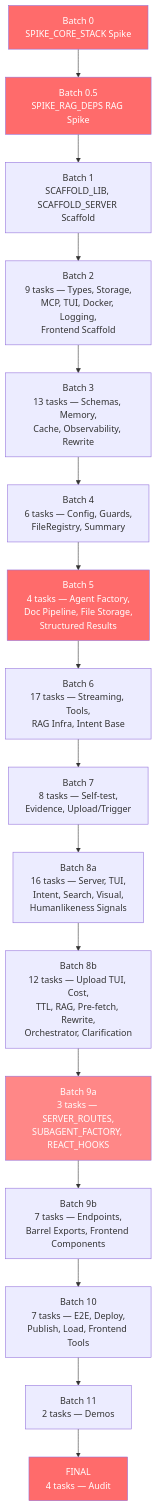
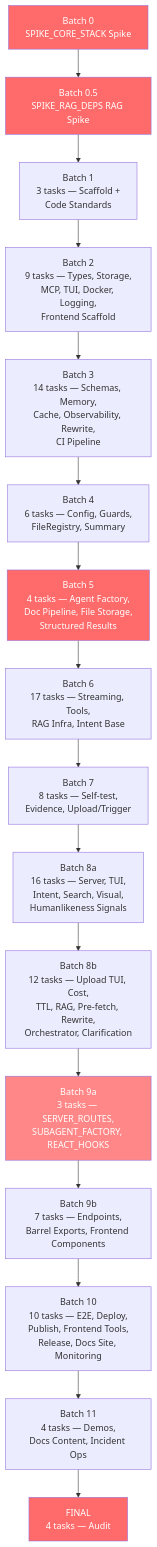
Before and after one commit to 1qh/safeagent: the fourth of 10 diagrams in plan/17-execution.md, drawn with Mermaid. The commit also changed other lines of this file, not shown here.

Commit message:
integrate 7 new tasks from files 20-23 into execution plan: CODE_STANDARDS, CI_PIPELINE, RELEASE_PIPELINE, DOCS_SITE, DOCS_CONTENT, MONITORING_INFRA, INCIDENT_PROCEDURES

````diff
--- a/plan/17-execution.md
+++ b/plan/17-execution.md
@@ -443,27 +456,27 @@
 ```mermaid
 graph TB
     BATCH_SPIKE["Batch 0<br/>SPIKE_CORE_STACK Spike"]
     BATCH_RAG_SPIKE["Batch 0.5<br/>SPIKE_RAG_DEPS RAG Spike"]
-    BATCH_SCAFFOLD["Batch 1<br/>SCAFFOLD_LIB, SCAFFOLD_SERVER Scaffold"]
+    BATCH_SCAFFOLD["Batch 1<br/>3 tasks — Scaffold +<br/>Code Standards"]
     BATCH_TYPES_STORAGE["Batch 2<br/>9 tasks — Types, Storage,<br/>MCP, TUI, Docker, Logging,<br/>Frontend Scaffold"]
-    BATCH_SCHEMAS_MEMORY["Batch 3<br/>13 tasks — Schemas, Memory,<br/>Cache, Observability, Rewrite"]
+    BATCH_SCHEMAS_MEMORY["Batch 3<br/>14 tasks — Schemas, Memory,<br/>Cache, Observability, Rewrite,<br/>CI Pipeline"]
     BATCH_CONFIG_GUARDS["Batch 4<br/>6 tasks — Config, Guards,<br/>FileRegistry, Summary"]
     BATCH_AGENT_DOCS["Batch 5<br/>4 tasks — Agent Factory,<br/>Doc Pipeline, File Storage,<br/>Structured Results"]
     BATCH_STREAMING_TOOLS["Batch 6<br/>17 tasks — Streaming, Tools,<br/>RAG Infra, Intent Base"]
     BATCH_EVIDENCE_UPLOAD["Batch 7<br/>8 tasks — Self-test,<br/>Evidence, Upload/Trigger"]
     BATCH_SERVER_TUI["Batch 8a<br/>16 tasks — Server, TUI,<br/>Intent, Search, Visual,<br/>Humanlikeness Signals"]
     BATCH_UPLOAD_COST["Batch 8b<br/>12 tasks — Upload TUI, Cost,<br/>TTL, RAG, Pre-fetch, Rewrite,<br/>Orchestrator, Clarification"]
     BATCH_ROUTES_SUBAGENT["Batch 9a<br/>3 tasks — SERVER_ROUTES,<br/>SUBAGENT_FACTORY, REACT_HOOKS"]
     BATCH_ENDPOINTS["Batch 9b<br/>7 tasks — Endpoints,<br/>Barrel Exports, Frontend Components"]
-    BATCH_END_TO_END_DEPLOY["Batch 10<br/>7 tasks — E2E, Deploy,<br/>Publish, Load, Frontend Tools"]
-    BATCH_FRONTEND_DEMOS["Batch 11<br/>2 tasks — Demos"]
+    BATCH_END_TO_END_DEPLOY["Batch 10<br/>10 tasks — E2E, Deploy,<br/>Publish, Frontend Tools,<br/>Release, Docs Site, Monitoring"]
+    BATCH_FRONTEND_DEMOS["Batch 11<br/>4 tasks — Demos,<br/>Docs Content, Incident Ops"]
     BATCH_FINAL_AUDIT["FINAL<br/>4 tasks — Audit"]
 
     BATCH_SPIKE --> BATCH_RAG_SPIKE --> BATCH_SCAFFOLD --> BATCH_TYPES_STORAGE --> BATCH_SCHEMAS_MEMORY --> BATCH_CONFIG_GUARDS --> BATCH_AGENT_DOCS --> BATCH_STREAMING_TOOLS --> BATCH_EVIDENCE_UPLOAD --> BATCH_SERVER_TUI --> BATCH_UPLOAD_COST --> BATCH_ROUTES_SUBAGENT --> BATCH_ENDPOINTS --> BATCH_END_TO_END_DEPLOY --> BATCH_FRONTEND_DEMOS --> BATCH_FINAL_AUDIT
 
     style BATCH_SPIKE fill:#ff6b6b,color:white
     style BATCH_RAG_SPIKE fill:#ff6b6b,color:white
     style BATCH_AGENT_DOCS fill:#ff6b6b,color:white
     style BATCH_ROUTES_SUBAGENT fill:#ff8787,color:white
     style BATCH_FINAL_AUDIT fill:#ff6b6b,color:white
 ```
````
